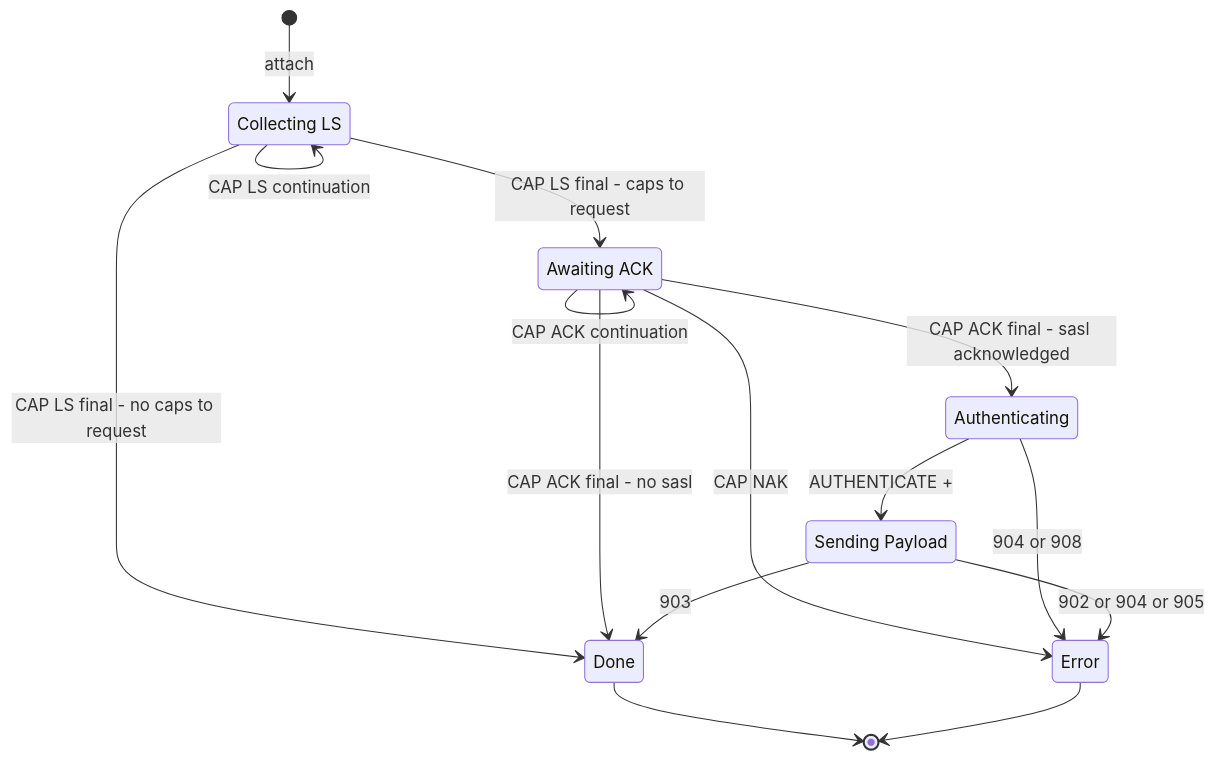
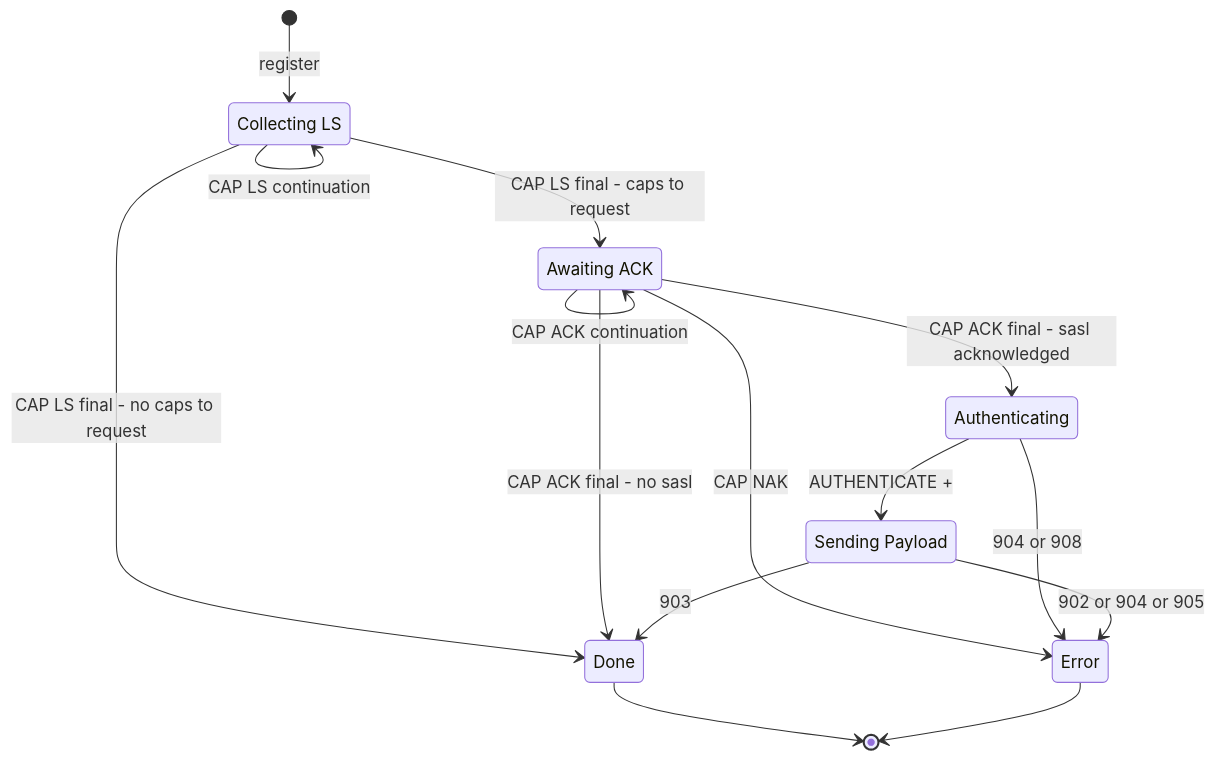
The diagram in src/features/registration.md (deankerr/iirc-lib), drawn with Mermaid before and after one commit. The commit also changed other lines of this file and 8 other files, not shown here.

````diff
--- a/src/features/registration.md
+++ b/src/features/registration.md
@@ -67,26 +70,26 @@
 ```mermaid
 stateDiagram-v2
     direction TB
 
     state "Collecting LS" as CollectingLs
     state "Awaiting ACK" as AwaitingAck
     state "Authenticating" as Authenticating
     state "Sending Payload" as SendingPayload
 
-    [*] --> CollectingLs : attach
+    [*] --> CollectingLs : register
 
     CollectingLs --> CollectingLs : CAP LS continuation
     CollectingLs --> AwaitingAck : CAP LS final - caps to request
     CollectingLs --> Done : CAP LS final - no caps to request
     AwaitingAck --> AwaitingAck : CAP ACK continuation
     AwaitingAck --> Authenticating : CAP ACK final - sasl acknowledged
     AwaitingAck --> Done : CAP ACK final - no sasl
     AwaitingAck --> Error : CAP NAK
     Authenticating --> SendingPayload : AUTHENTICATE +
     Authenticating --> Error : 904 or 908
     SendingPayload --> Done : 903
     SendingPayload --> Error : 902 or 904 or 905
 
     Done --> [*]
     Error --> [*]
 ```
````
